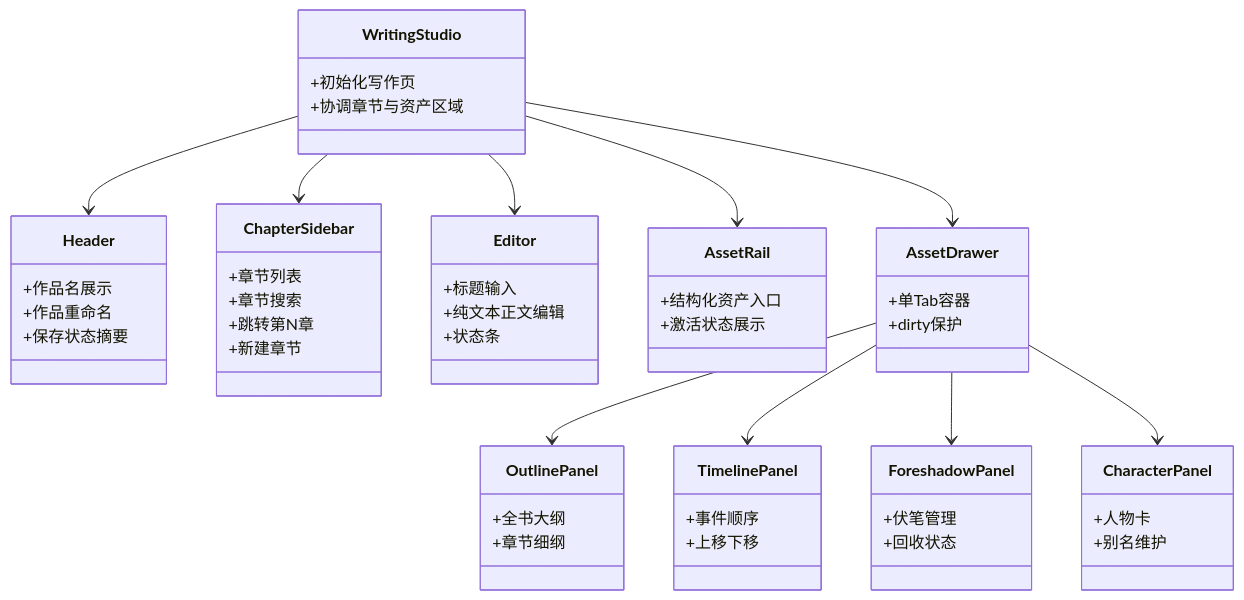
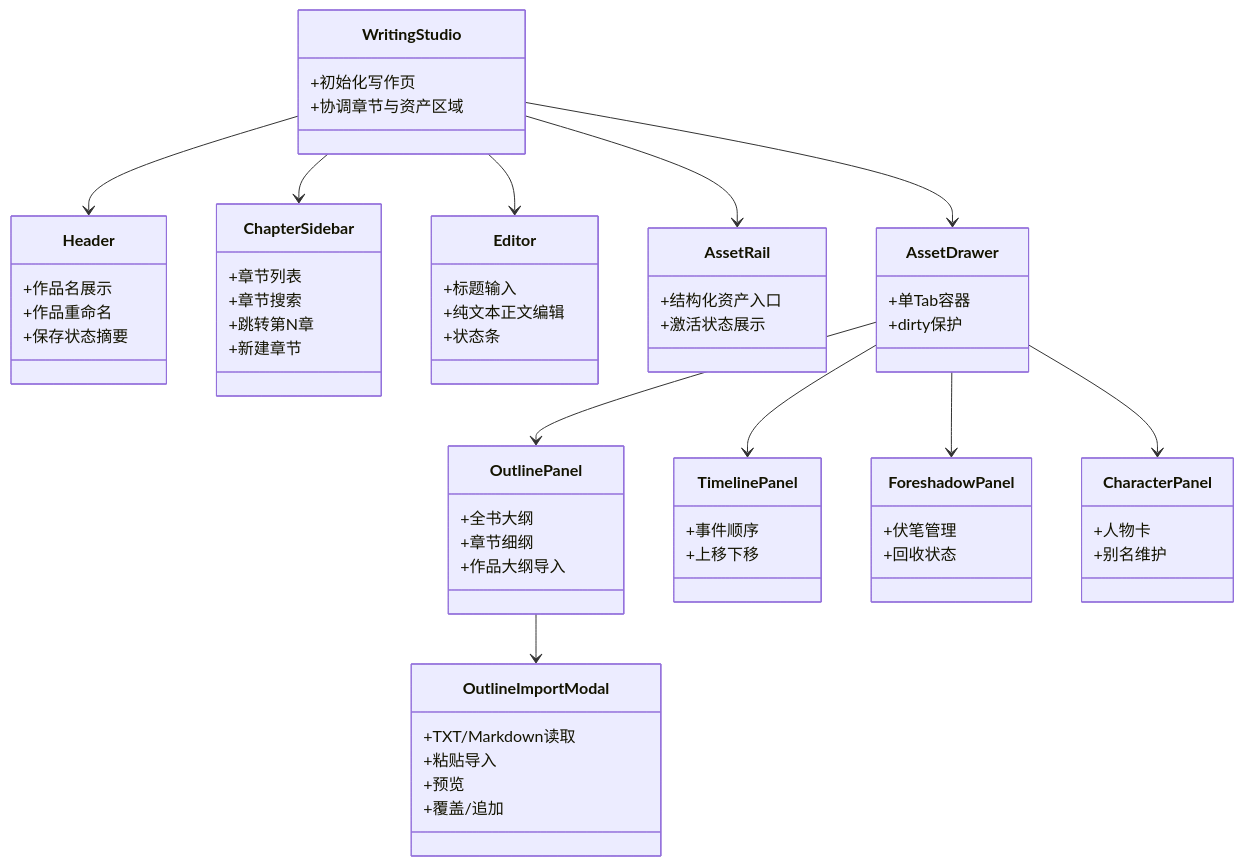
One commit to octsfm/InkTrace changed the first of 8 diagrams in docs/03_design/InkTrace-V1.1-界面与交互设计文档.md. Above: the diagram before and after it, drawn with Mermaid. The commit also changed other lines of this file and 21 other files, not shown here.

````diff
--- a/docs/03_design/InkTrace-V1.1-界面与交互设计文档.md
+++ b/docs/03_design/InkTrace-V1.1-界面与交互设计文档.md
@@ -136,57 +136,65 @@
 ```mermaid
 classDiagram
     class WritingStudio {
         +初始化写作页
         +协调章节与资产区域
     }
     class Header {
         +作品名展示
         +作品重命名
         +保存状态摘要
     }
     class ChapterSidebar {
         +章节列表
         +章节搜索
         +跳转第N章
         +新建章节
     }
     class Editor {
         +标题输入
         +纯文本正文编辑
         +状态条
     }
     class AssetRail {
         +结构化资产入口
         +激活状态展示
     }
     class AssetDrawer {
         +单Tab容器
         +dirty保护
     }
     class OutlinePanel {
         +全书大纲
         +章节细纲
+        +作品大纲导入
+    }
+    class OutlineImportModal {
+        +TXT/Markdown读取
+        +粘贴导入
+        +预览
+        +覆盖/追加
     }
     class TimelinePanel {
         +事件顺序
         +上移下移
     }
     class ForeshadowPanel {
         +伏笔管理
         +回收状态
     }
     class CharacterPanel {
         +人物卡
         +别名维护
     }
 
     WritingStudio --> Header
     WritingStudio --> ChapterSidebar
     WritingStudio --> Editor
     WritingStudio --> AssetRail
     WritingStudio --> AssetDrawer
     AssetDrawer --> OutlinePanel
+    OutlinePanel --> OutlineImportModal
     AssetDrawer --> TimelinePanel
     AssetDrawer --> ForeshadowPanel
     AssetDrawer --> CharacterPanel
 ```
````
